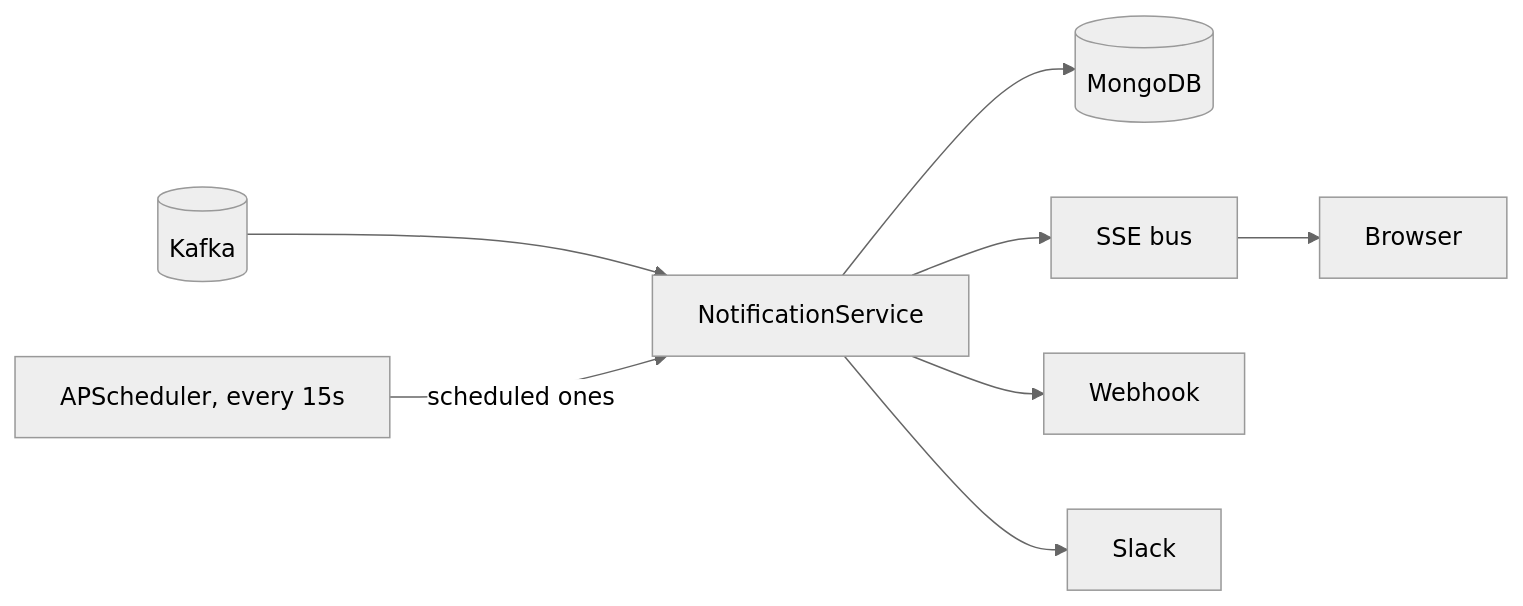
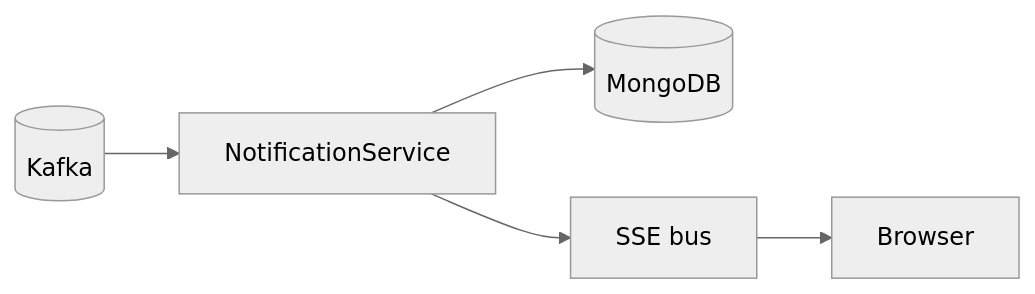
One commit to HardMax71/Integr8sCode changed the diagram in docs/operations/notification-types.md. Above: the diagram before and after it, drawn with Mermaid (neutral theme). The commit also changed other lines of this file and 46 other files, not shown here.

First line of the commit message:
fix: notifications are in-app only, so the webhook, Slack, subscription, system and scheduled paths go (#434)

````diff
--- a/docs/operations/notification-types.md
+++ b/docs/operations/notification-types.md
@@ -5,9 +5,6 @@
 ```mermaid
 flowchart LR
     Kafka[(Kafka)] --> NS[NotificationService]
     NS --> DB[(MongoDB)]
     NS --> SSE[SSE bus] --> Browser
-    NS --> Webhook
-    NS --> Slack
-    Sched[APScheduler, every 15s] -->|scheduled ones| NS
 ```
````
